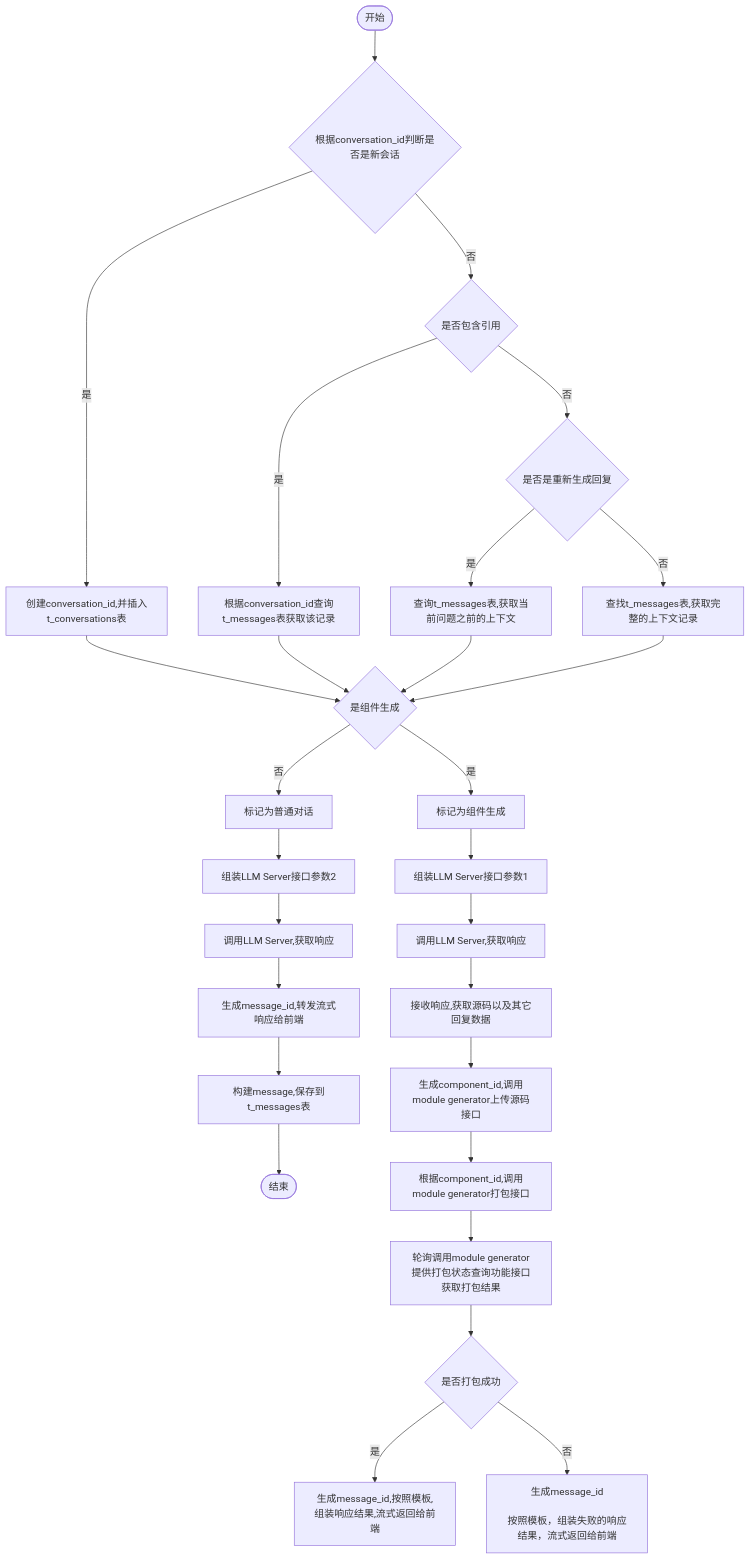
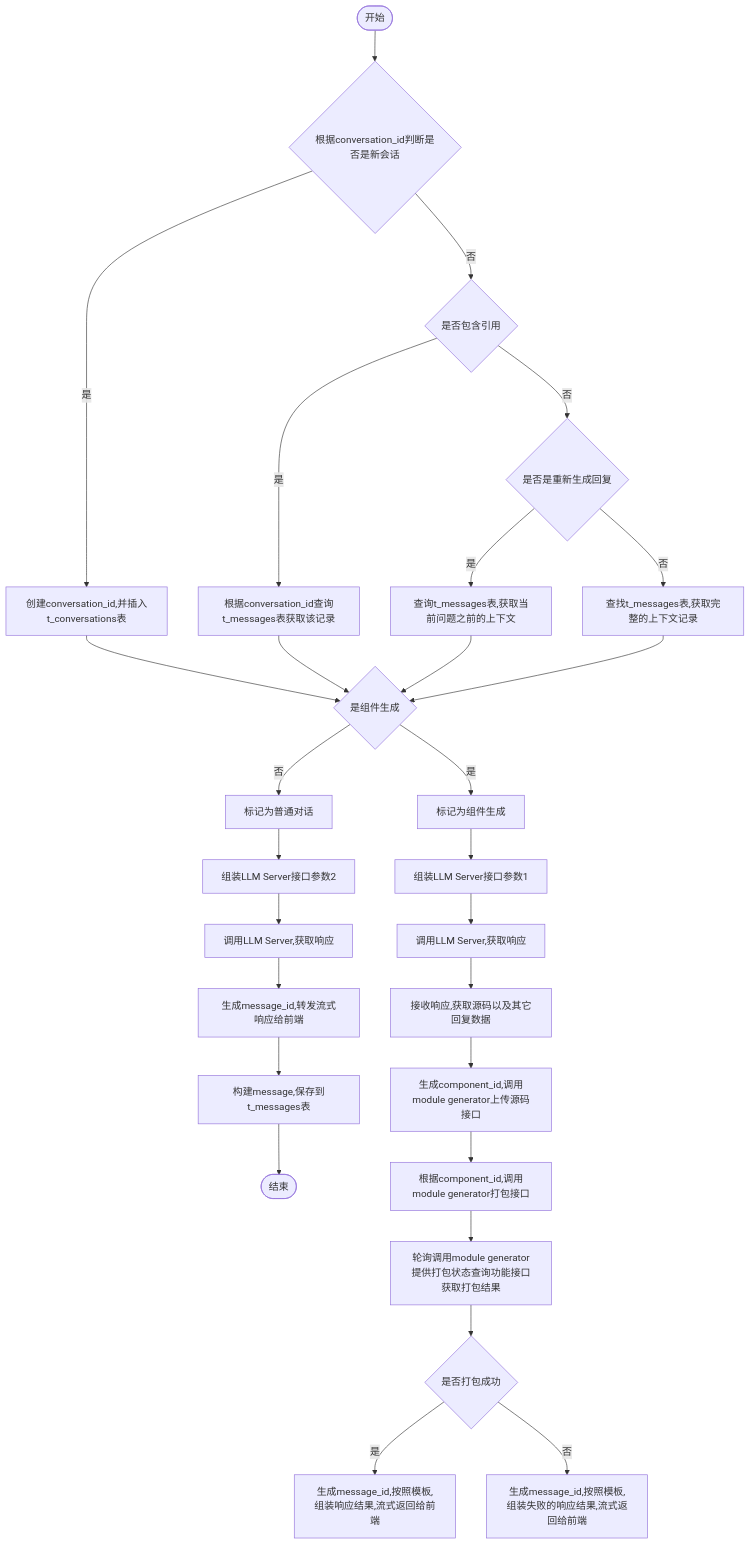
Before and after one commit to yingjianzh/iodraw-files: the diagram in all/未命名-7.md, drawn with Mermaid.

Commit message:
2024-10-12 14:38:03 update

````diff
--- a/all/未命名-7.md
+++ b/all/未命名-7.md
@@ -1,35 +1,33 @@
 ```mermaid
 flowchart TD
     A([开始]) --> B{根据conversation_id判断是否是新会话}
     B -- 是 --> C[创建conversation_id,并插入t_conversations表]
     B -- 否 --> D{是否包含引用}
     D -- 是 --> E[根据conversation_id查询t_messages表获取该记录]
     D -- 否 --> F{是否是重新生成回复}
     F -- 是 --> G[查询t_messages表,获取当前问题之前的上下文]
     F -- 否 --> H[查找t_messages表,获取完整的上下文记录]
      
     C & E & G & H --> I{是组件生成}
     I -- 是 --> J[标记为组件生成]
     I -- 否 --> K[标记为普通对话]
 
     J --> L[组装LLM Server接口参数1]    
     K --> M[组装LLM Server接口参数2]    
     M --> N[调用LLM Server,获取响应]    
     N --> O[生成message_id,转发流式响应给前端]
     O --> P[构建message,保存到t_messages表]
     P --> R([结束])
 
 
     L --> S[调用LLM Server,获取响应]
     S --> T[接收响应,获取源码以及其它回复数据]
     T --> U[生成component_id,调用module generator上传源码接口]
     U --> V[根据component_id,调用module generator打包接口]
     V --> W[轮询调用module generator提供打包状态查询功能接口获取打包结果]
     W --> X{是否打包成功}
     X -- 是 --> Y[生成message_id,按照模板,组装响应结果,流式返回给前端]
-    X -- 否 --> Z[生成message_id
-
-按照模板，组装失败的响应结果，流式返回给前端]
+    X -- 否 --> Z[生成message_id,按照模板,组装失败的响应结果,流式返回给前端]
 
 
 ```
````
